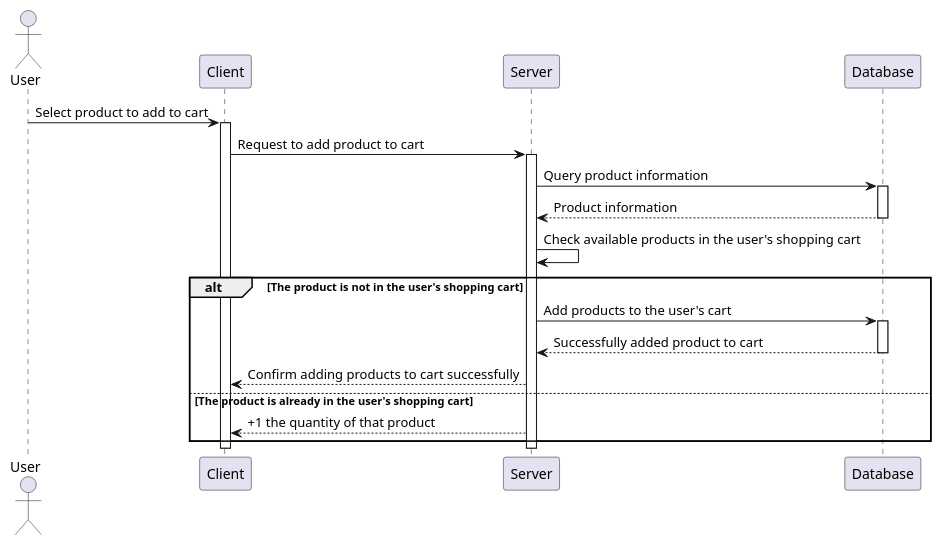
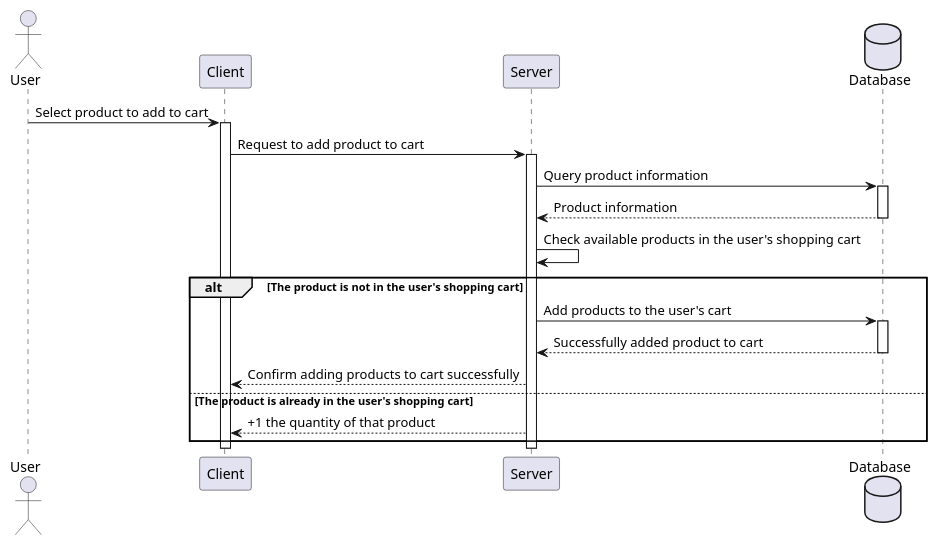
The diagram in docs/sequence/order/addProducttoOrder.plantuml (sen2012/back-end-web), drawn with PlantUML before and after one commit. The commit also changed 23 other files, not shown here.

Commit message:
[feat] category, sequence

```diff
--- a/docs/sequence/order/addProducttoOrder.plantuml
+++ b/docs/sequence/order/addProducttoOrder.plantuml
@@ -1,31 +1,31 @@
 @startuml
 actor User
 participant "Client" as Client
 participant "Server" as Server
-participant "Database" as DB
+database "Database" as DB
 
 User -> Client: Select product to add to cart
 activate Client
 
 Client -> Server: Request to add product to cart
 activate Server
 
 Server -> DB: Query product information
 activate DB
 DB --> Server: Product information
 deactivate DB
 
 Server -> Server: Check available products in the user's shopping cart
 alt The product is not in the user's shopping cart
     Server -> DB: Add products to the user's cart
     activate DB
     DB --> Server: Successfully added product to cart
     deactivate DB
     Server --> Client: Confirm adding products to cart successfully
 else The product is already in the user's shopping cart
     Server --> Client: +1 the quantity of that product
 end
 
 deactivate Server
 deactivate Client
 @enduml
```
